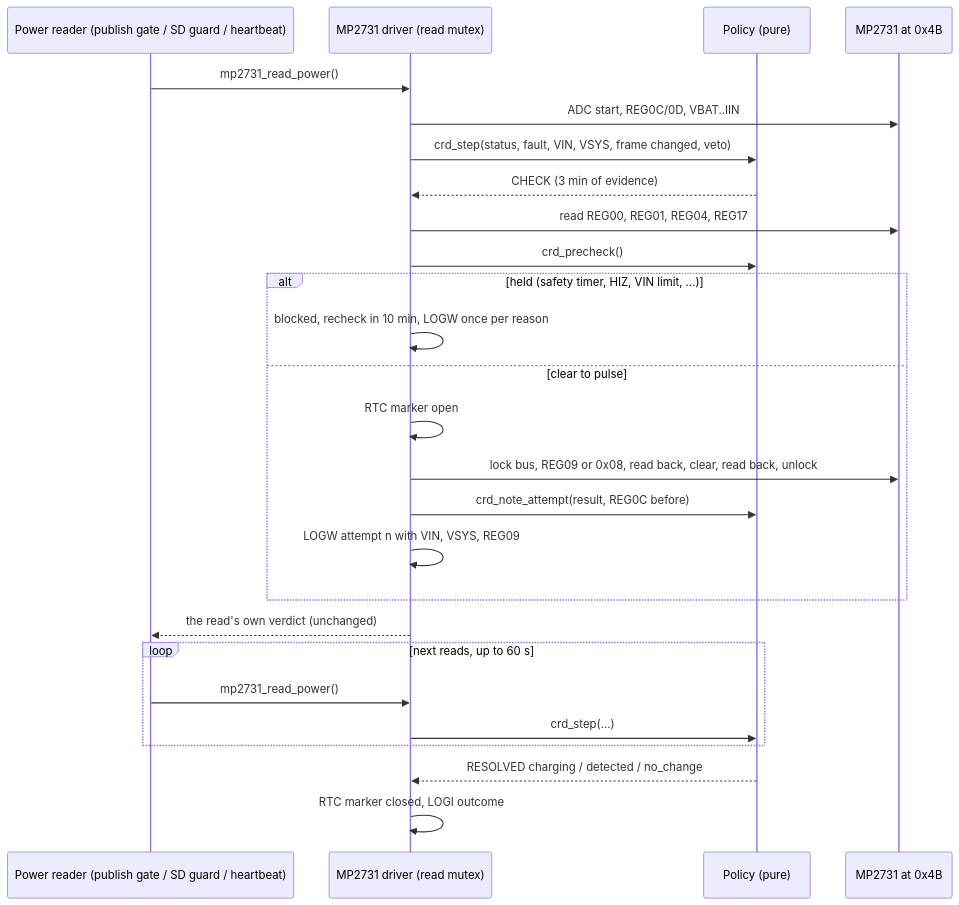
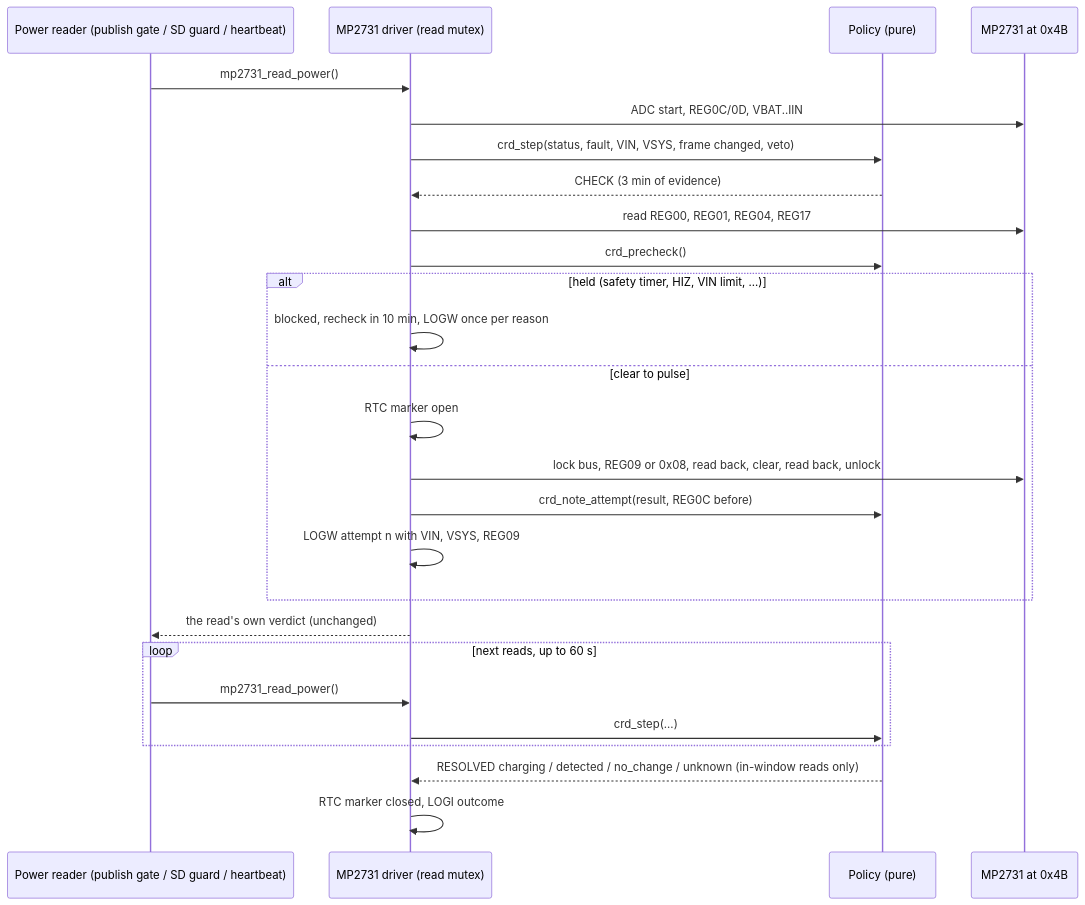
One commit to Jan-IngenHousz-Institute/ambyte-iot changed the second of 3 diagrams in docs/charger-redetect.md. Above: the diagram before and after it, drawn with Mermaid. The commit also changed other lines of this file and 26 other files, not shown here.

````diff
--- a/docs/charger-redetect.md
+++ b/docs/charger-redetect.md
@@ -154,28 +221,28 @@
 ```mermaid
 sequenceDiagram
     participant R as Power reader (publish gate / SD guard / heartbeat)
     participant D as MP2731 driver (read mutex)
     participant P as Policy (pure)
     participant C as MP2731 at 0x4B
     R->>D: mp2731_read_power()
     D->>C: ADC start, REG0C/0D, VBAT..IIN
     D->>P: crd_step(status, fault, VIN, VSYS, frame changed, veto)
     P-->>D: CHECK (3 min of evidence)
     D->>C: read REG00, REG01, REG04, REG17
     D->>P: crd_precheck()
     alt held (safety timer, HIZ, VIN limit, ...)
         D->>D: blocked, recheck in 10 min, LOGW once per reason
     else clear to pulse
         D->>D: RTC marker open
         D->>C: lock bus, REG09 or 0x08, read back, clear, read back, unlock
         D->>P: crd_note_attempt(result, REG0C before)
         D->>D: LOGW attempt n with VIN, VSYS, REG09
     end
     D-->>R: the read's own verdict (unchanged)
     loop next reads, up to 60 s
         R->>D: mp2731_read_power()
         D->>P: crd_step(...)
     end
-    P-->>D: RESOLVED charging / detected / no_change
+    P-->>D: RESOLVED charging / detected / no_change / unknown (in-window reads only)
     D->>D: RTC marker closed, LOGI outcome
 ```
````
